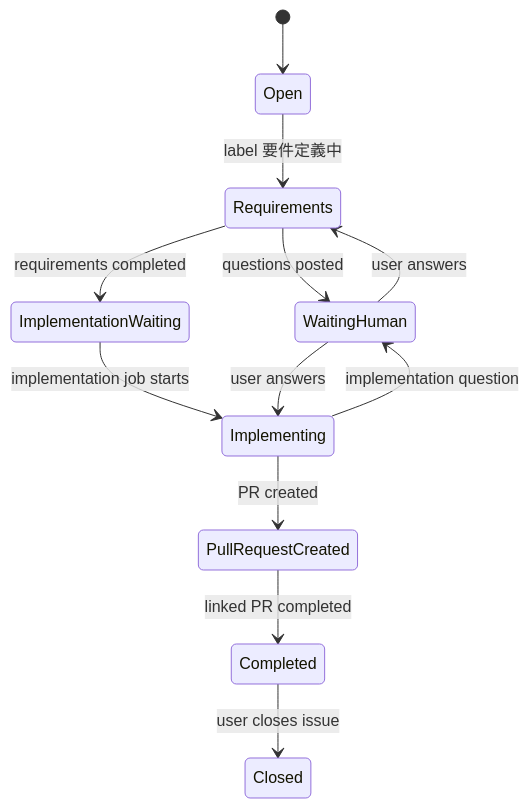
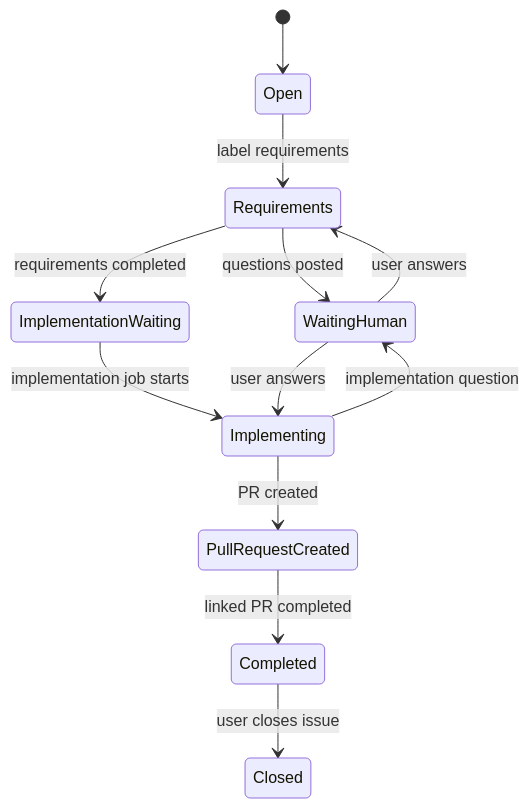
The second of 4 diagrams in docs/04-agent-job-state-machine.md (pluswing/oneteam), drawn with Mermaid before and after one commit. The commit also changed other lines of this file and 24 other files, not shown here.

````diff
--- a/docs/04-agent-job-state-machine.md
+++ b/docs/04-agent-job-state-machine.md
@@ -58,14 +58,14 @@
 ```mermaid
 stateDiagram-v2
   [*] --> Open
-  Open --> Requirements: label 要件定義中
+  Open --> Requirements: label requirements
   Requirements --> WaitingHuman: questions posted
   WaitingHuman --> Requirements: user answers
   Requirements --> ImplementationWaiting: requirements completed
   ImplementationWaiting --> Implementing: implementation job starts
   Implementing --> WaitingHuman: implementation question
   WaitingHuman --> Implementing: user answers
   Implementing --> PullRequestCreated: PR created
   PullRequestCreated --> Completed: linked PR completed
   Completed --> Closed: user closes issue
 ```
````
